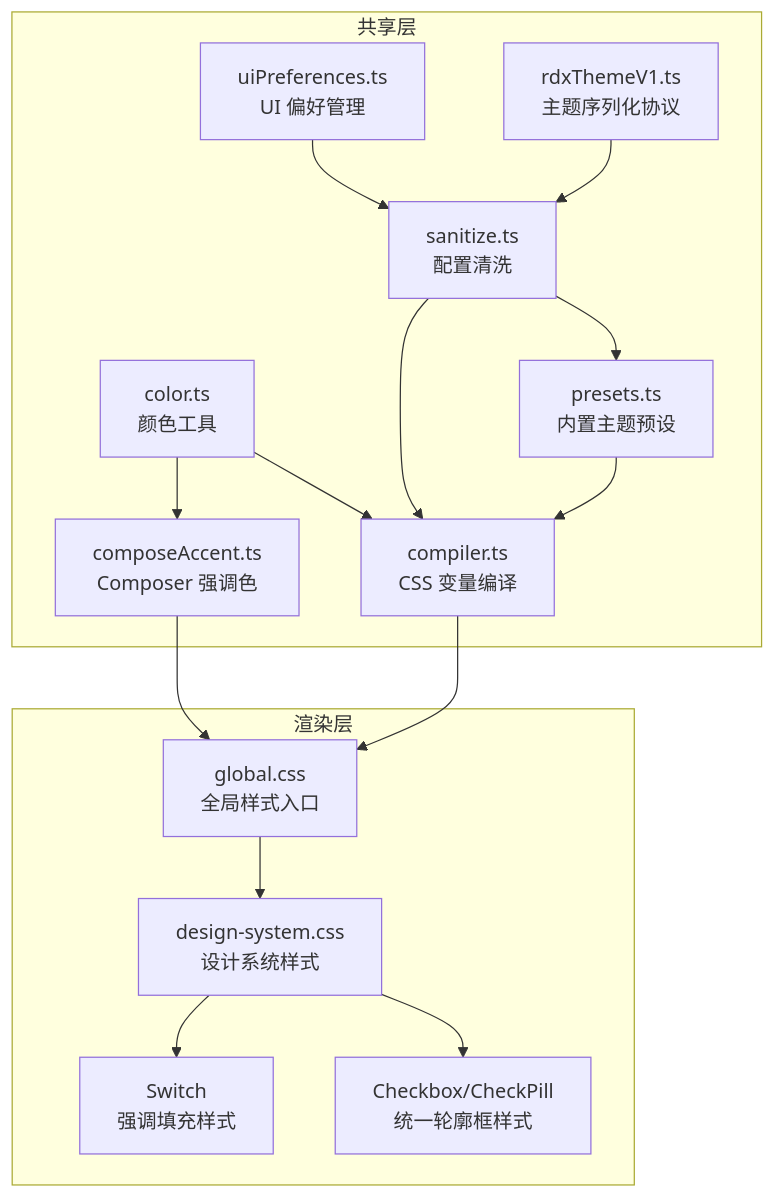
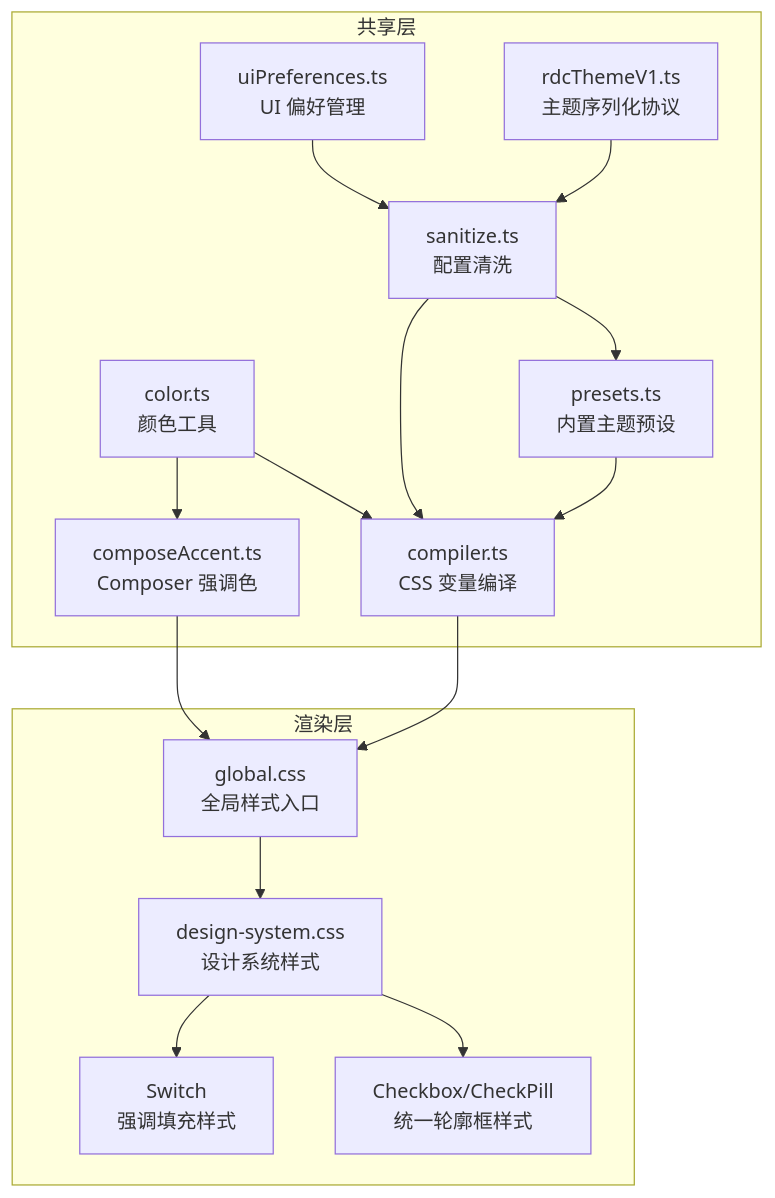
Before and after one commit to haolange/RDC-Agent: the first of 6 diagrams in .qoder/repowiki/zh/content/架构设计/渲染器架构/UI 特性/主题系统.md, drawn with Mermaid. The commit also changed other lines of this file and 557 other files, not shown here.

````diff
--- a/.qoder/repowiki/zh/content/架构设计/渲染器架构/UI 特性/主题系统.md
+++ b/.qoder/repowiki/zh/content/架构设计/渲染器架构/UI 特性/主题系统.md
@@ -70,30 +70,30 @@
 ```mermaid
 graph TB
 subgraph "共享层"
 A["color.ts<br/>颜色工具"]
 B["presets.ts<br/>内置主题预设"]
 C["sanitize.ts<br/>配置清洗"]
 D["compiler.ts<br/>CSS 变量编译"]
 E["composeAccent.ts<br/>Composer 强调色"]
 F["uiPreferences.ts<br/>UI 偏好管理"]
-G["rdxThemeV1.ts<br/>主题序列化协议"]
+G["rdcThemeV1.ts<br/>主题序列化协议"]
 end
 subgraph "渲染层"
 H["global.css<br/>全局样式入口"]
 I["design-system.css<br/>设计系统样式"]
 J["Checkbox/CheckPill<br/>统一轮廓框样式"]
 K["Switch<br/>强调填充样式"]
 end
 F --> C
 C --> B
 C --> D
 D --> H
 E --> H
 G --> C
 A --> D
 A --> E
 B --> D
 H --> I
 I --> J
 I --> K
 ```
````
